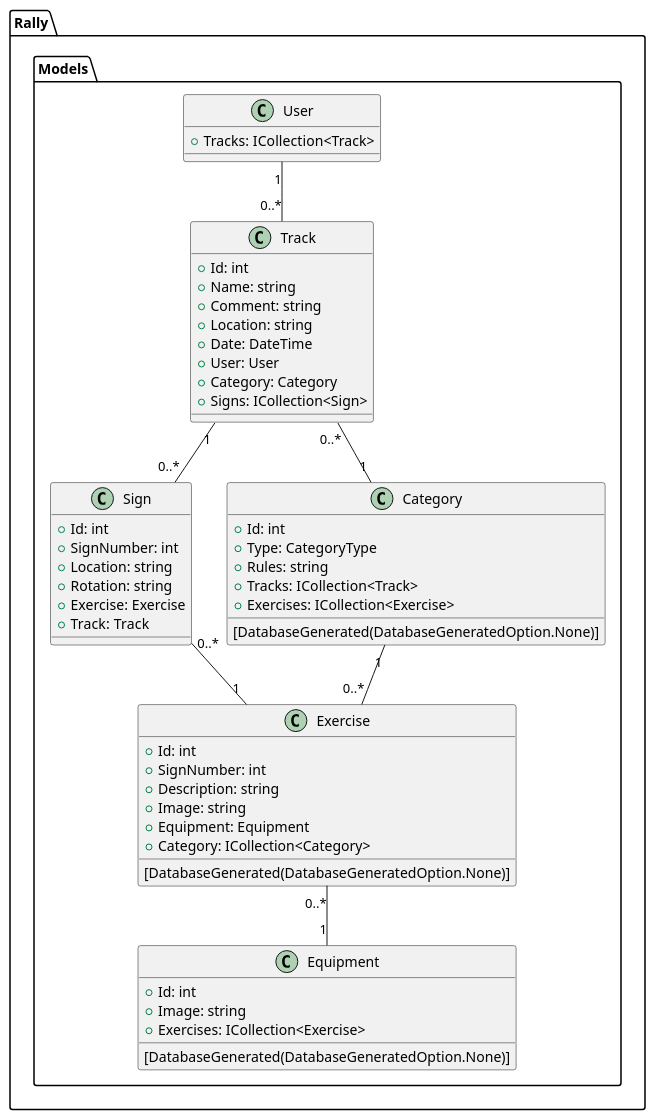
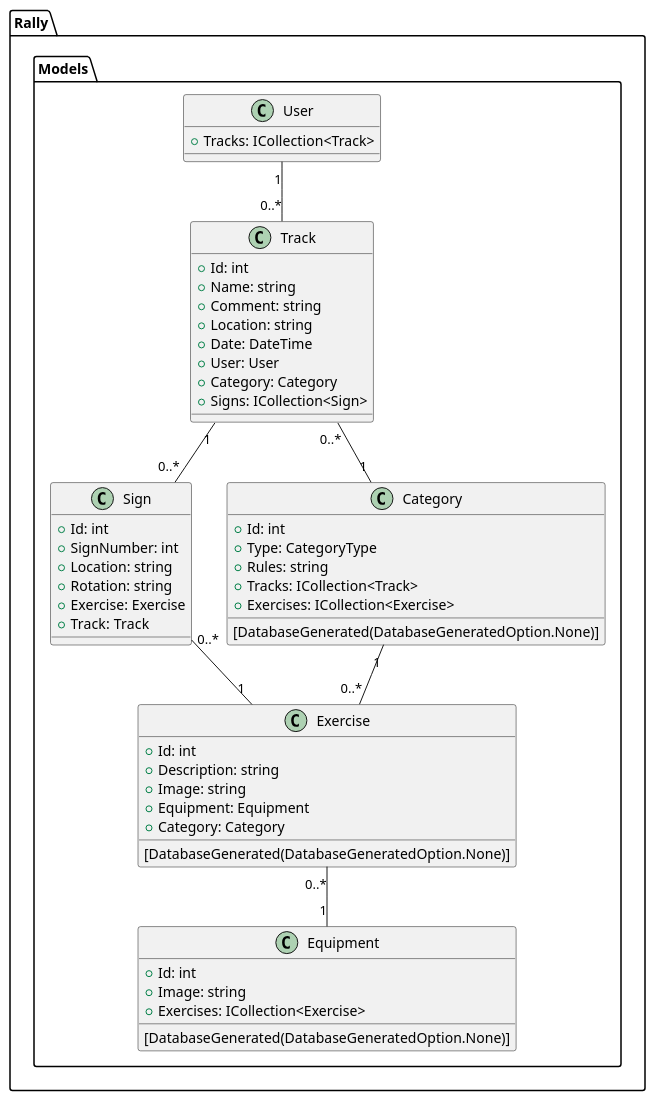
One commit to DMOoF23-Team7-CAT/Project-Team7-Semester3 changed the diagram in Dodumentation/DSD_Models.wsd. Above: the diagram before and after it, drawn with PlantUML.

Commit message:
changed dokumentation

```diff
--- a/Dodumentation/DSD_Models.wsd
+++ b/Dodumentation/DSD_Models.wsd
@@ -1,65 +1,64 @@
 @startuml Design Class Diagram for models
 
 namespace Rally.Models {
     class User {
         + Tracks: ICollection<Track>
     }
 
     class Track {
         + Id: int
         + Name: string
         + Comment: string
         + Location: string
         + Date: DateTime
         + User: User
         + Category: Category
         + Signs: ICollection<Sign>
     }
 
     class Sign {
         + Id: int
         + SignNumber: int
         + Location: string
         + Rotation: string
         + Exercise: Exercise
         + Track: Track
     }
 
     class Exercise {
         [DatabaseGenerated(DatabaseGeneratedOption.None)]
         + Id: int
-        + SignNumber: int
         + Description: string
         + Image: string
         + Equipment: Equipment
-        + Category: ICollection<Category>
+        + Category: Category
     }
 
     class Equipment {
         [DatabaseGenerated(DatabaseGeneratedOption.None)]
         + Id: int
         + Image: string
         + Exercises: ICollection<Exercise>
     }
 
     class Category {
         [DatabaseGenerated(DatabaseGeneratedOption.None)]
         + Id: int
         + Type: CategoryType
         + Rules: string
         + Tracks: ICollection<Track>
         + Exercises: ICollection<Exercise>
     }
 
     User "1" -- "0..*" Track
     Track "0..*" -- "1" Category
     Track "1" -- "0..*" Sign
     Sign "0..*" -- "1" Exercise
     Exercise "0..*" -- "1" Equipment
     Category "1" -- "0..*" Exercise
 
 }
 
 
 
 @enduml
```
